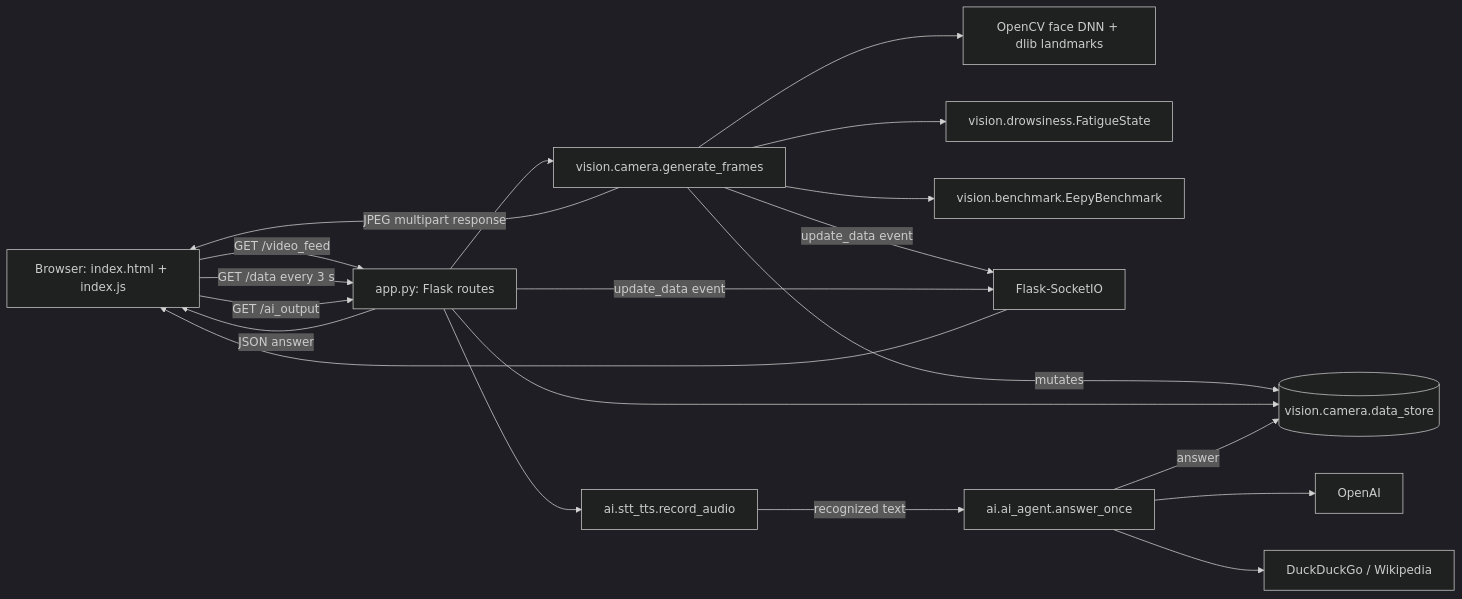
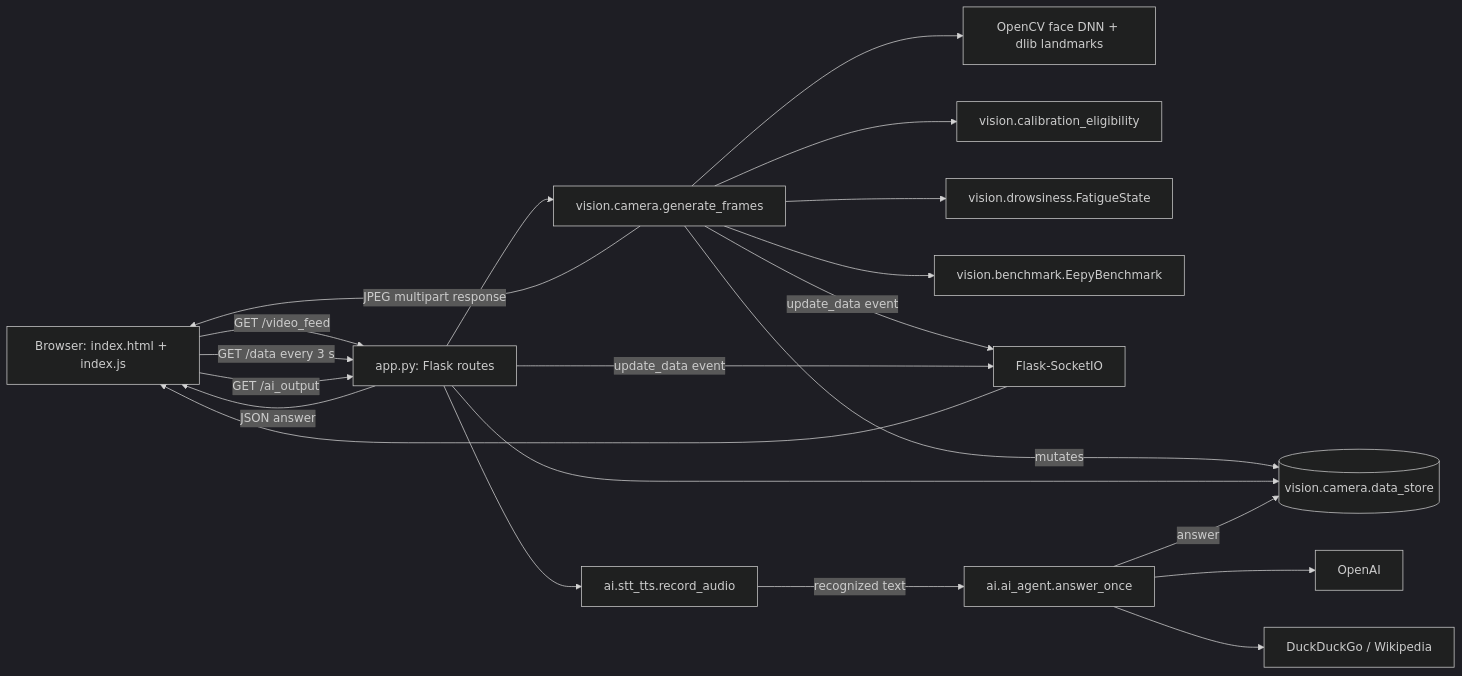
The diagram in docs/architecture.md (combosm/eepy), drawn with Mermaid (dark theme) before and after one commit. The commit also changed other lines of this file and 5 other files, not shown here.

Commit message:
added calibration gate with frame quality v1

````diff
--- a/docs/architecture.md
+++ b/docs/architecture.md
@@ -67,31 +71,33 @@
 ```mermaid
 flowchart LR
     Browser[Browser: index.html + index.js]
     Flask[app.py: Flask routes]
     Stream[vision.camera.generate_frames]
     Models[OpenCV face DNN + dlib landmarks]
+    Quality[vision.calibration_eligibility]
     Fatigue[vision.drowsiness.FatigueState]
     Bench[vision.benchmark.EepyBenchmark]
     Store[(vision.camera.data_store)]
     Socket[Flask-SocketIO]
     STT[ai.stt_tts.record_audio]
     Agent[ai.ai_agent.answer_once]
     Tools[DuckDuckGo / Wikipedia]
     OpenAI[OpenAI]
 
     Browser -->|GET /video_feed| Flask --> Stream
     Stream --> Models
+    Stream --> Quality
     Stream --> Fatigue
     Stream --> Bench
     Stream -->|mutates| Store
     Stream -->|JPEG multipart response| Browser
     Stream -->|update_data event| Socket --> Browser
     Browser -->|GET /data every 3 s| Flask --> Store
     Browser -->|GET /ai_output| Flask --> STT
     STT -->|recognized text| Agent
     Agent --> OpenAI
     Agent --> Tools
     Agent -->|answer| Store
     Flask -->|JSON answer| Browser
     Flask -->|update_data event| Socket
 ```
````
